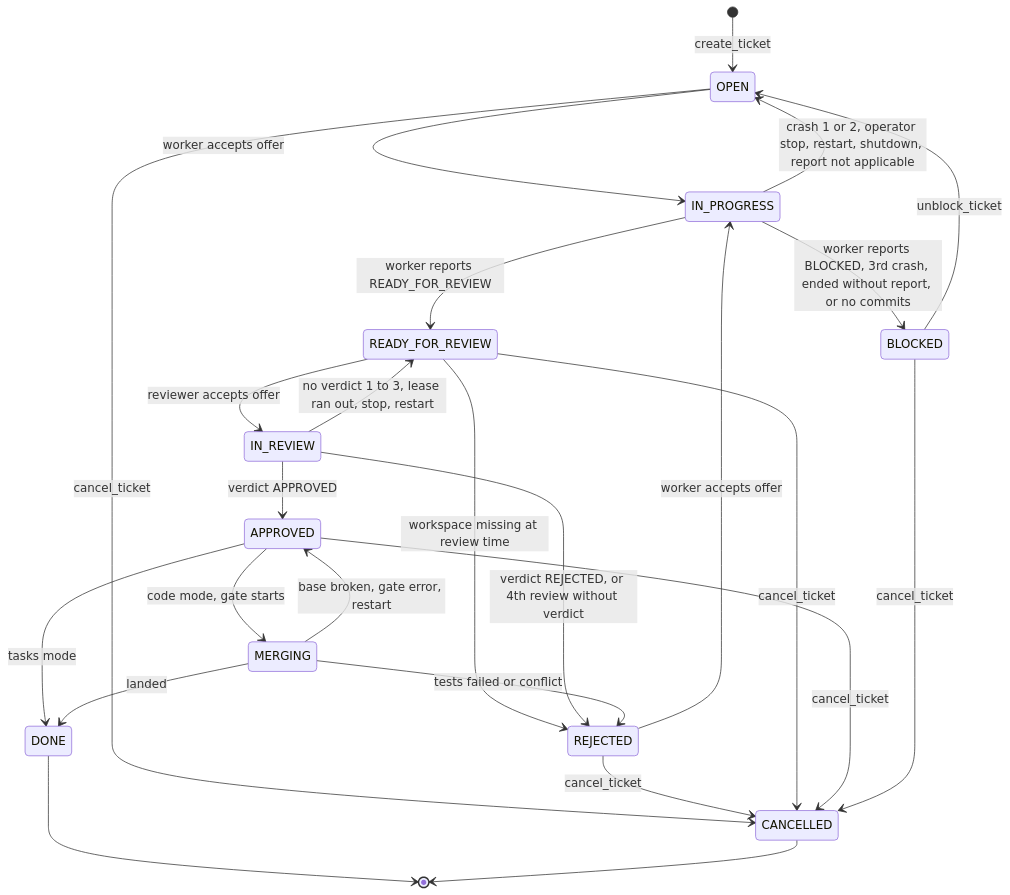
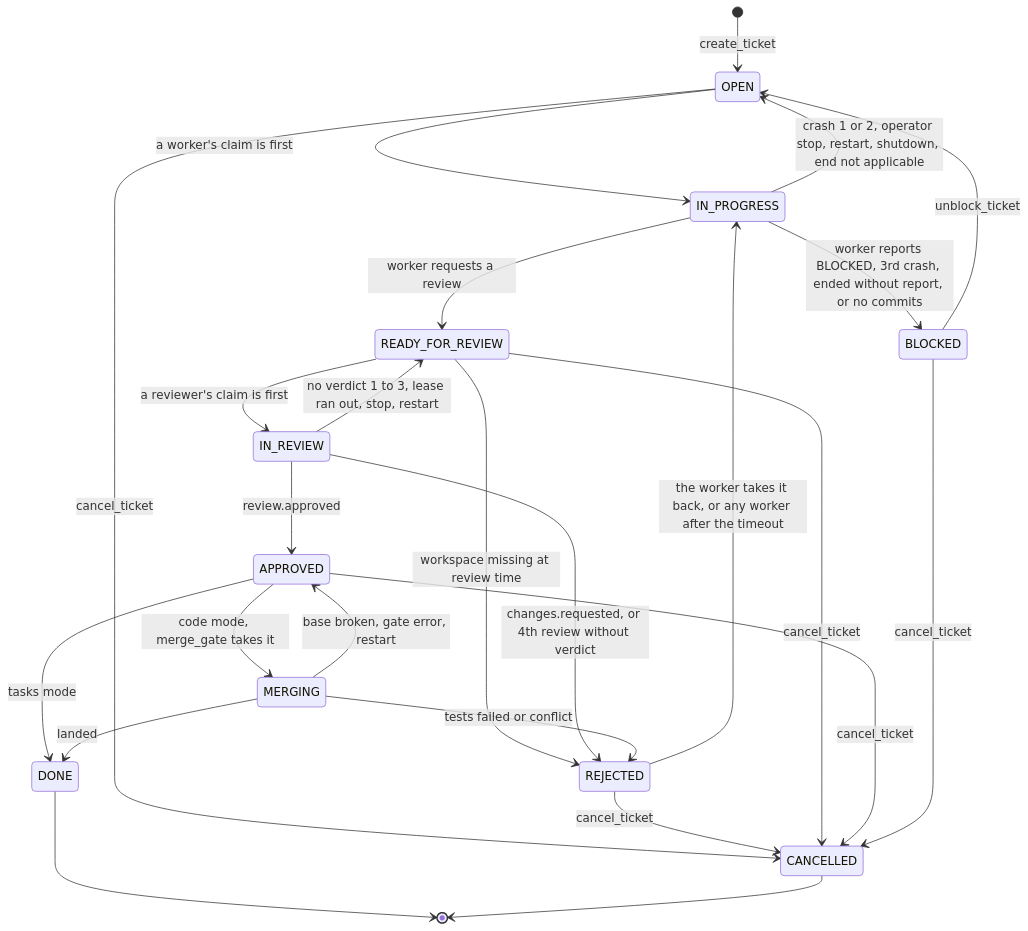
Before and after one commit to danroblewis/orchestra-tasking: the second of 7 diagrams in ARCHITECTURE.md, drawn with Mermaid. The commit also changed other lines of this file and 25 other files, not shown here.

````diff
--- a/ARCHITECTURE.md
+++ b/ARCHITECTURE.md
@@ -177,27 +179,27 @@
 ```mermaid
 stateDiagram-v2
     [*] --> OPEN: create_ticket
-    OPEN --> IN_PROGRESS: worker accepts offer
-    REJECTED --> IN_PROGRESS: worker accepts offer
-    IN_PROGRESS --> READY_FOR_REVIEW: worker reports READY_FOR_REVIEW
+    OPEN --> IN_PROGRESS: a worker's claim is first
+    REJECTED --> IN_PROGRESS: the worker takes it back, or any worker after the timeout
+    IN_PROGRESS --> READY_FOR_REVIEW: worker requests a review
     IN_PROGRESS --> BLOCKED: worker reports BLOCKED, 3rd crash, ended without report, or no commits
-    IN_PROGRESS --> OPEN: crash 1 or 2, operator stop, restart, shutdown, report not applicable
-    READY_FOR_REVIEW --> IN_REVIEW: reviewer accepts offer
+    IN_PROGRESS --> OPEN: crash 1 or 2, operator stop, restart, shutdown, end not applicable
+    READY_FOR_REVIEW --> IN_REVIEW: a reviewer's claim is first
     READY_FOR_REVIEW --> REJECTED: workspace missing at review time
-    IN_REVIEW --> APPROVED: verdict APPROVED
-    IN_REVIEW --> REJECTED: verdict REJECTED, or 4th review without verdict
+    IN_REVIEW --> APPROVED: review.approved
+    IN_REVIEW --> REJECTED: changes.requested, or 4th review without verdict
     IN_REVIEW --> READY_FOR_REVIEW: no verdict 1 to 3, lease ran out, stop, restart
     APPROVED --> DONE: tasks mode
-    APPROVED --> MERGING: code mode, gate starts
+    APPROVED --> MERGING: code mode, merge_gate takes it
     MERGING --> DONE: landed
     MERGING --> REJECTED: tests failed or conflict
     MERGING --> APPROVED: base broken, gate error, restart
     BLOCKED --> OPEN: unblock_ticket
     OPEN --> CANCELLED: cancel_ticket
     REJECTED --> CANCELLED: cancel_ticket
     READY_FOR_REVIEW --> CANCELLED: cancel_ticket
     APPROVED --> CANCELLED: cancel_ticket
     BLOCKED --> CANCELLED: cancel_ticket
     DONE --> [*]
     CANCELLED --> [*]
 ```
````
